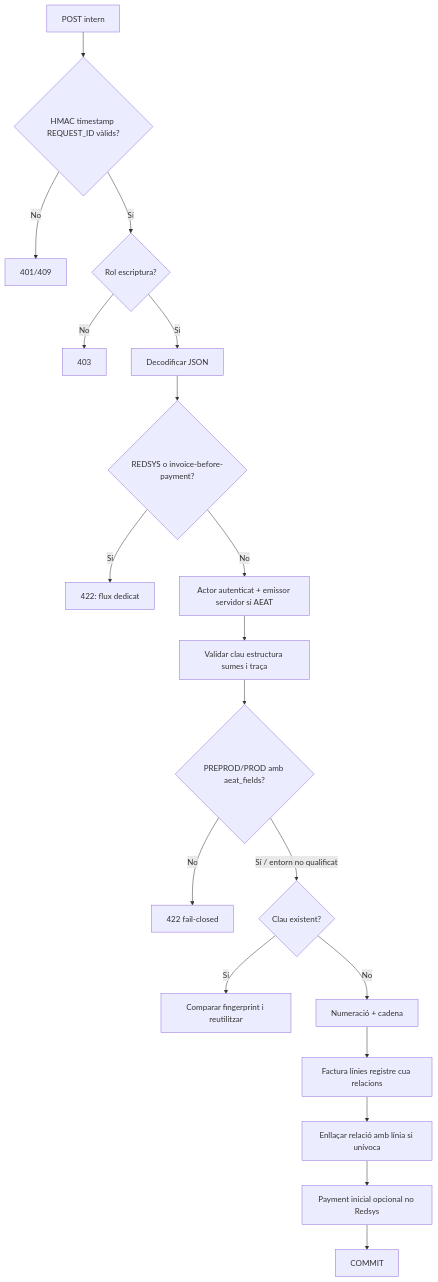
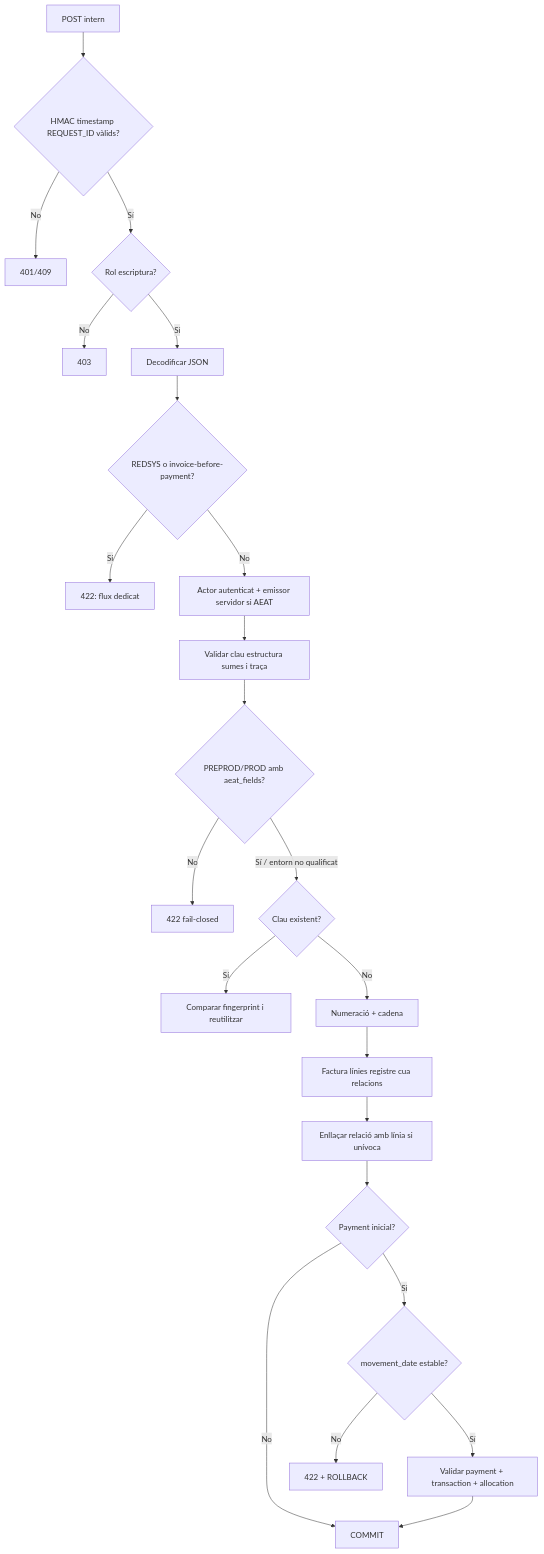
One commit to orgmeriemprismacat-del/verifactu changed the first of 3 diagrams in documentacio/07-uml-integrat/uc-001-activitats-superficies-actual-final.md. Above: the diagram before and after it, drawn with Mermaid. The commit also changed other lines of this file and 8 other files, not shown here.

````diff
--- a/documentacio/07-uml-integrat/uc-001-activitats-superficies-actual-final.md
+++ b/documentacio/07-uml-integrat/uc-001-activitats-superficies-actual-final.md
@@ -15,21 +17,25 @@
 ```mermaid
 flowchart TD
 A[POST intern] --> B{HMAC timestamp REQUEST_ID vàlids?}
 B -- No --> X[401/409]
 B -- Sí --> C{Rol escriptura?}
 C -- No --> Y[403]
 C -- Sí --> D[Decodificar JSON]
 D --> E{REDSYS o invoice-before-payment?}
 E -- Sí --> Z[422: flux dedicat]
 E -- No --> F[Actor autenticat + emissor servidor si AEAT]
 F --> G[Validar clau estructura sumes i traça]
 G --> G2{PREPROD/PROD amb aeat_fields?}
 G2 -- No --> Z2[422 fail-closed]
 G2 -- Sí / entorn no qualificat --> H{Clau existent?}
 H -- Sí --> I[Comparar fingerprint i reutilitzar]
 H -- No --> J[Numeració + cadena]
 J --> K[Factura línies registre cua relacions]
 K --> L[Enllaçar relació amb línia si unívoca]
-L --> M[Payment inicial opcional no Redsys]
-M --> N[COMMIT]
+L --> M{Payment inicial?}
+M -- No --> N[COMMIT]
+M -- Sí --> M1{movement_date estable?}
+M1 -- No --> X3[422 + ROLLBACK]
+M1 -- Sí --> M2[Validar payment + transaction + allocation]
+M2 --> N
 ```
````
